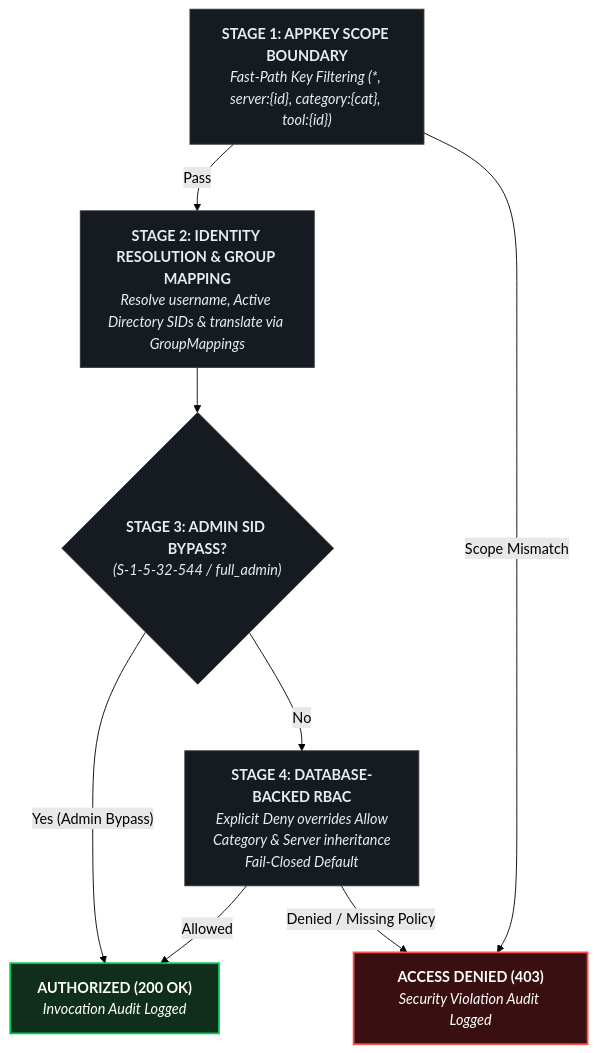
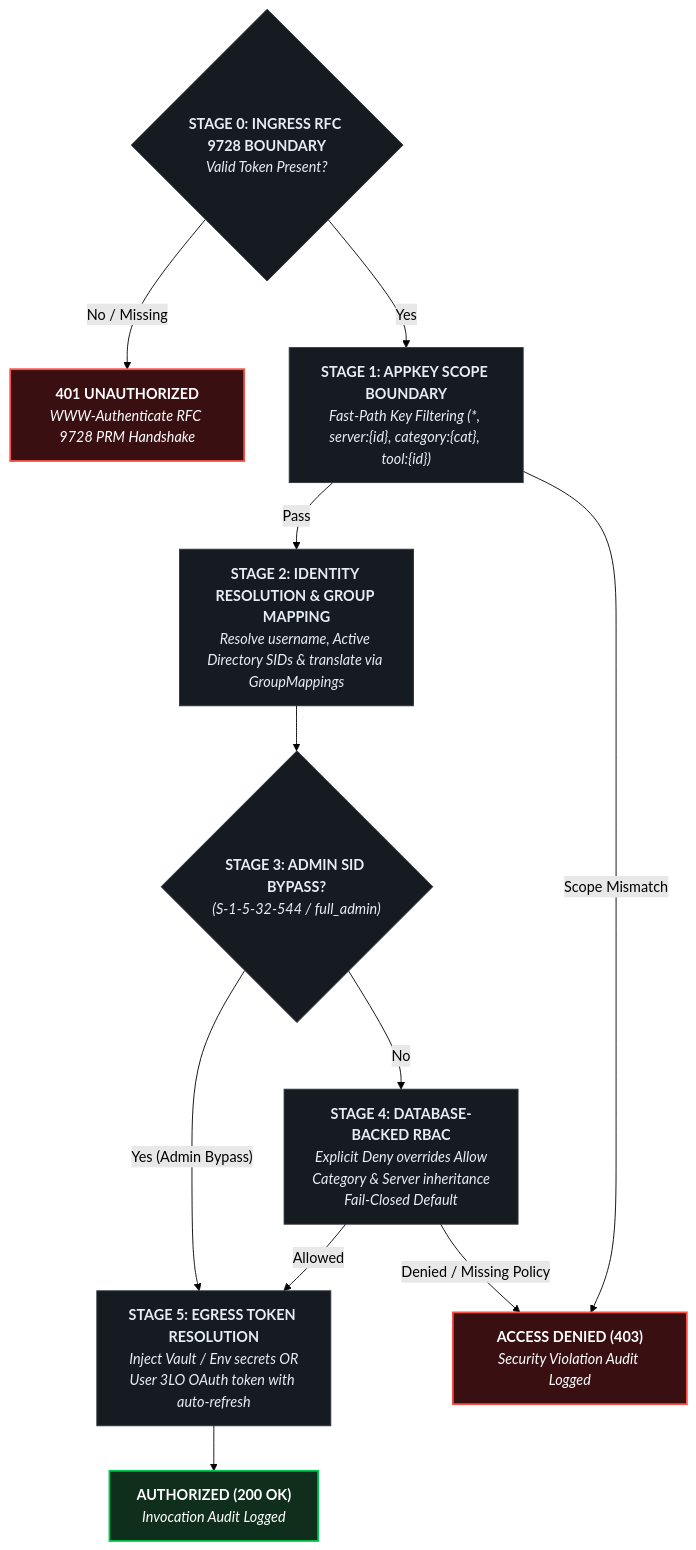
The first of 2 diagrams in docs/architecture/authorization-pipeline.md (spelech/model-context-gateway), drawn with Mermaid (forest theme) before and after one commit. The commit also changed 11 other files, not shown here.

Commit message:
docs: comprehensive user guide, client integration, and architecture updates (#219)

````diff
--- a/docs/architecture/authorization-pipeline.md
+++ b/docs/architecture/authorization-pipeline.md
@@ -23,24 +23,30 @@
 ```mermaid
 flowchart TD
+    Stage0{"<b>STAGE 0: INGRESS RFC 9728 BOUNDARY</b><br><i>Valid Token Present?</i>"}
     Stage1["<b>STAGE 1: APPKEY SCOPE BOUNDARY</b><br><i>Fast-Path Key Filtering (*, server:{id}, category:{cat}, tool:{id})</i>"]
     Stage2["<b>STAGE 2: IDENTITY RESOLUTION & GROUP MAPPING</b><br><i>Resolve username, Active Directory SIDs & translate via GroupMappings</i>"]
     Stage3{"<b>STAGE 3: ADMIN SID BYPASS?</b><br><i>(S-1-5-32-544 / full_admin)</i>"}
     Stage4["<b>STAGE 4: DATABASE-BACKED RBAC</b><br><i>Explicit Deny overrides Allow<br>Category & Server inheritance<br>Fail-Closed Default</i>"]
+    Stage5["<b>STAGE 5: EGRESS TOKEN RESOLUTION</b><br><i>Inject Vault / Env secrets OR<br>User 3LO OAuth token with auto-refresh</i>"]
     AuthSuccess["<b>AUTHORIZED (200 OK)</b><br><i>Invocation Audit Logged</i>"]
+    AuthChallenge["<b>401 UNAUTHORIZED</b><br><i>WWW-Authenticate RFC 9728 PRM Handshake</i>"]
     AuthDenied["<b>ACCESS DENIED (403)</b><br><i>Security Violation Audit Logged</i>"]
 
+    Stage0 -- "No / Missing" --> AuthChallenge
+    Stage0 -- "Yes" --> Stage1
     Stage1 -- "Pass" --> Stage2
     Stage1 -- "Scope Mismatch" --> AuthDenied
     Stage2 --> Stage3
-    Stage3 -- "Yes (Admin Bypass)" --> AuthSuccess
+    Stage3 -- "Yes (Admin Bypass)" --> Stage5
     Stage3 -- "No" --> Stage4
-    Stage4 -- "Allowed" --> AuthSuccess
+    Stage4 -- "Allowed" --> Stage5
     Stage4 -- "Denied / Missing Policy" --> AuthDenied
+    Stage5 --> AuthSuccess
 
     classDef pass fill:#0f2e1b,stroke:#00c853,stroke-width:2px,color:#fff;
     classDef fail fill:#3a0f12,stroke:#f85149,stroke-width:2px,color:#fff;
     classDef stage fill:#161b22,stroke:#30363d,stroke-width:1px,color:#e6edf3;
-    class Stage1,Stage2,Stage3,Stage4 stage;
+    class Stage0,Stage1,Stage2,Stage3,Stage4,Stage5 stage;
     class AuthSuccess pass;
-    class AuthDenied fail;
+    class AuthDenied,AuthChallenge fail;
 ```
````
